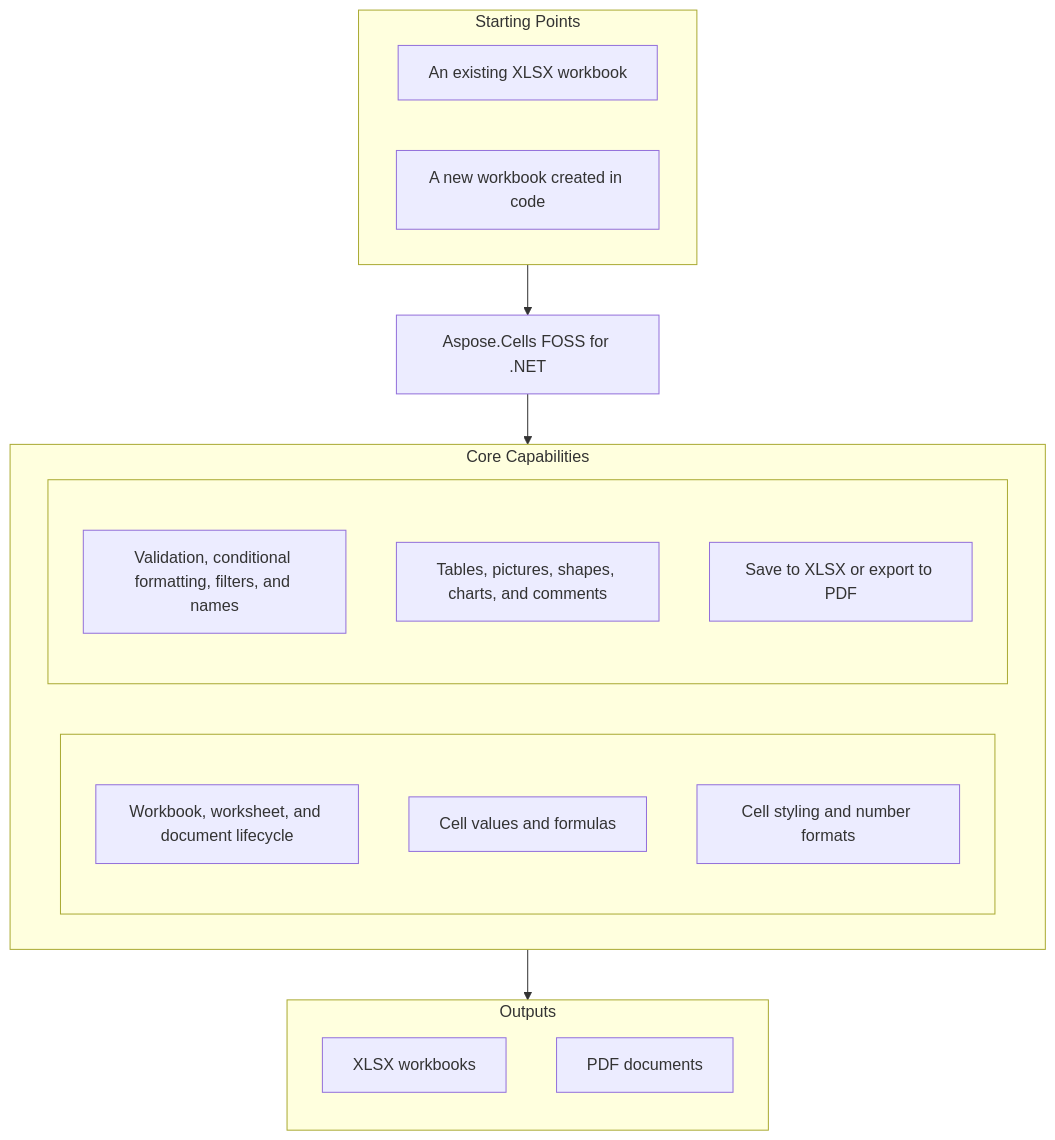
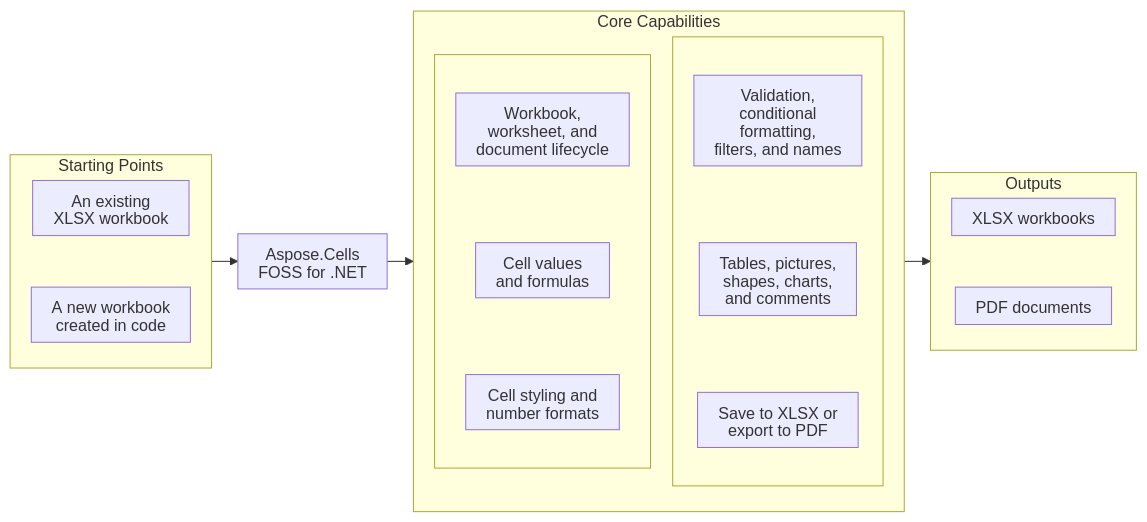
Before and after one commit to babar-raza/presenter-sandbox: the diagram in README.md, drawn with Mermaid. The commit also changed other lines of this file, not shown here.

Commit message:
Update README via repository-presenter
candidate_hash: fa4a4f68a6d620a0b323ca774a7d57fa6eb88cf210215d37f4f2d18f1658d4ad
source_revision: 5c41a5028b37fa3e9812dcd0c1320fe7248929f5
approver: babar-raza

````diff
--- a/README.md
+++ b/README.md
@@ -24,30 +25,35 @@
 ```mermaid
-flowchart TD
+%%{init: {"htmlLabels": false, "flowchart": {"htmlLabels": false, "nodeSpacing": 22, "rankSpacing": 26, "padding": 10, "useMaxWidth": true, "wrappingWidth": 400}}}%%
+flowchart LR
   subgraph StartingPoints["Starting Points"]
-    direction LR
-    i1["An existing XLSX workbook"]
-    i2["A new workbook created in code"]
+    direction TB
+    i1["An existing<br/>XLSX workbook"]
+    i2["A new workbook<br/>created in code"]
+    i1 ~~~ i2
   end
-  PRODUCT["Aspose.Cells FOSS for .NET"]
+  PRODUCT["Aspose.Cells<br/>FOSS for .NET"]
   subgraph Capabilities["Core Capabilities"]
-    direction LR
+    direction TB
+    subgraph capr[" "]
+      direction TB
+      c4["Validation,<br/>conditional<br/>formatting,<br/>filters, and names"]
+      c5["Tables, pictures,<br/>shapes, charts,<br/>and comments"]
+      c6["Save to XLSX or<br/>export to PDF"]
+      c4 ~~~ c5 ~~~ c6
+    end
     subgraph capl[" "]
       direction TB
-      c1["Workbook, worksheet, and document lifecycle"]
-      c2["Cell values and formulas"]
-      c3["Cell styling and number formats"]
-    end
-    subgraph capr[" "]
-      direction TB
-      c4["Validation, conditional formatting, filters, and names"]
-      c5["Tables, pictures, shapes, charts, and comments"]
-      c6["Save to XLSX or export to PDF"]
+      c1["Workbook,<br/>worksheet, and<br/>document lifecycle"]
+      c2["Cell values<br/>and formulas"]
+      c3["Cell styling and<br/>number formats"]
+      c1 ~~~ c2 ~~~ c3
     end
   end
   subgraph Outputs["Outputs"]
     direction TB
     o1["XLSX workbooks"]
     o2["PDF documents"]
+    o1 ~~~ o2
   end
   StartingPoints --> PRODUCT --> Capabilities --> Outputs
 ```
````
